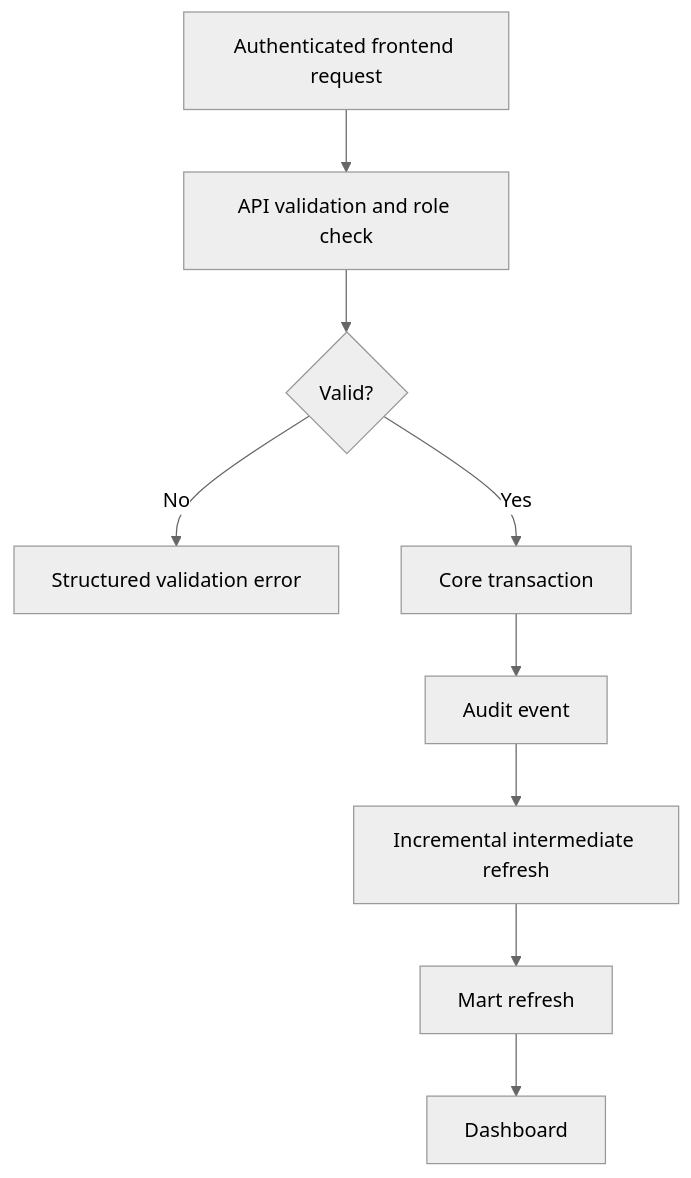
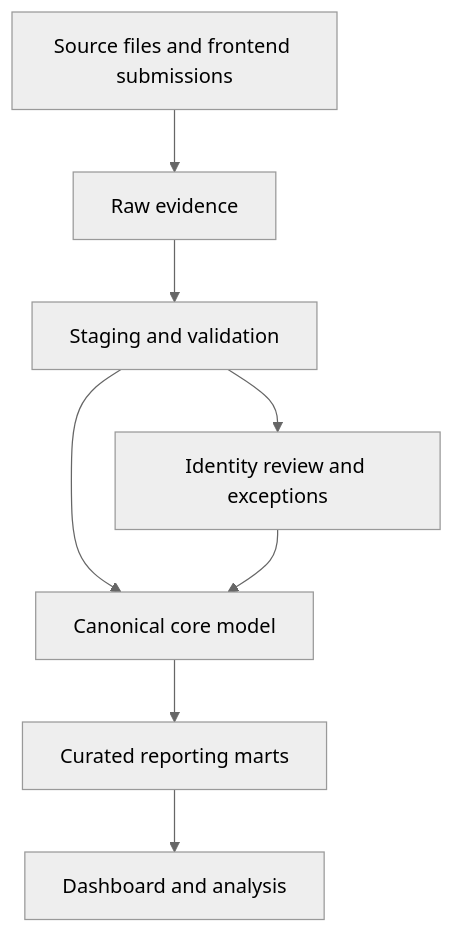
Before and after one commit to VoiceofNeedyFoundation/von-integrated-data-system: the diagram in docs/data-architecture.md, drawn with Mermaid (neutral theme). The commit also changed other lines of this file, not shown here.

Commit message:
Align data architecture to simplified canonical model

````diff
--- a/docs/data-architecture.md
+++ b/docs/data-architecture.md
@@ -362,11 +9,10 @@
 ```mermaid
 flowchart TD
-    A["Authenticated frontend request"] --> B["API validation and role check"]
-    B --> C{"Valid?"}
-    C -->|No| D["Structured validation error"]
-    C -->|Yes| E["Core transaction"]
-    E --> F["Audit event"]
-    F --> G["Incremental intermediate refresh"]
-    G --> H["Mart refresh"]
-    H --> I["Dashboard"]
+    A["Source files and frontend submissions"] --> B["Raw evidence"]
+    B --> C["Staging and validation"]
+    C --> D["Identity review and exceptions"]
+    C --> E["Canonical core model"]
+    D --> E
+    E --> F["Curated reporting marts"]
+    F --> G["Dashboard and analysis"]
 ```
````
